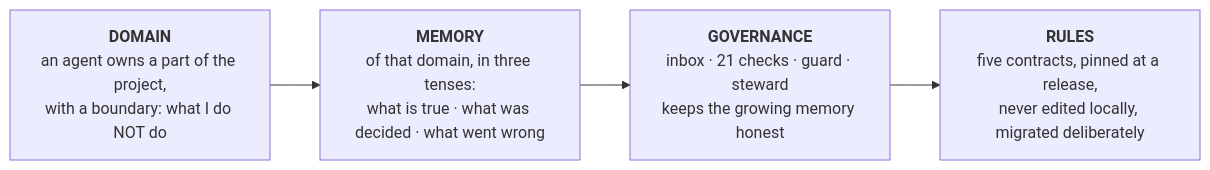
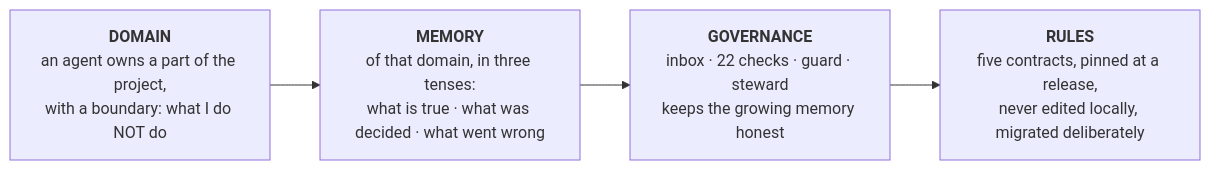
The diagram in README.md (CritosAI/critos), drawn with Mermaid before and after one commit. The commit also changed other lines of this file and 12 other files, not shown here.

````diff
--- a/README.md
+++ b/README.md
@@ -83,8 +83,8 @@
 ```mermaid
 flowchart LR
     D["<b>DOMAIN</b><br/>an agent owns a part of the project,<br/>with a boundary: what I do NOT do"]
     M["<b>MEMORY</b><br/>of that domain, in three tenses:<br/>what is true · what was decided · what went wrong"]
-    G["<b>GOVERNANCE</b><br/>inbox · 21 checks · guard · steward<br/>keeps the growing memory honest"]
+    G["<b>GOVERNANCE</b><br/>inbox · 22 checks · guard · steward<br/>keeps the growing memory honest"]
     R["<b>RULES</b><br/>five contracts, pinned at a release,<br/>never edited locally, migrated deliberately"]
     D --> M --> G --> R
 ```
````
